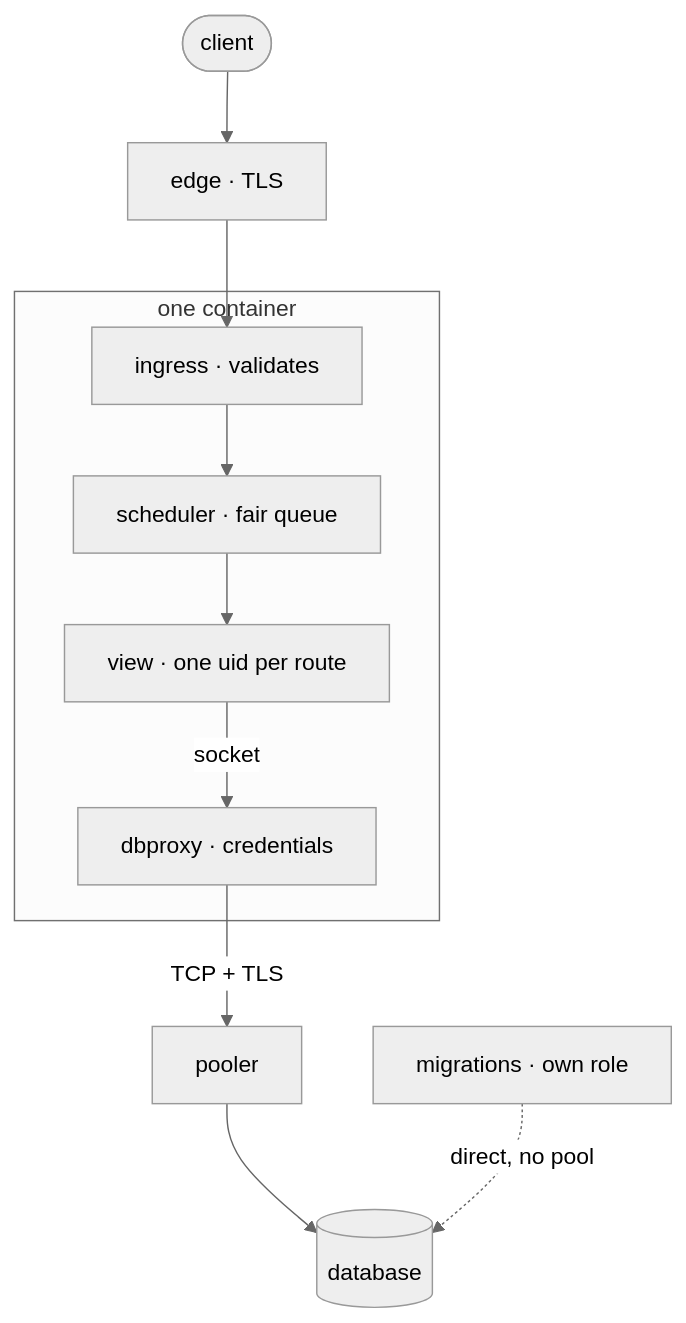
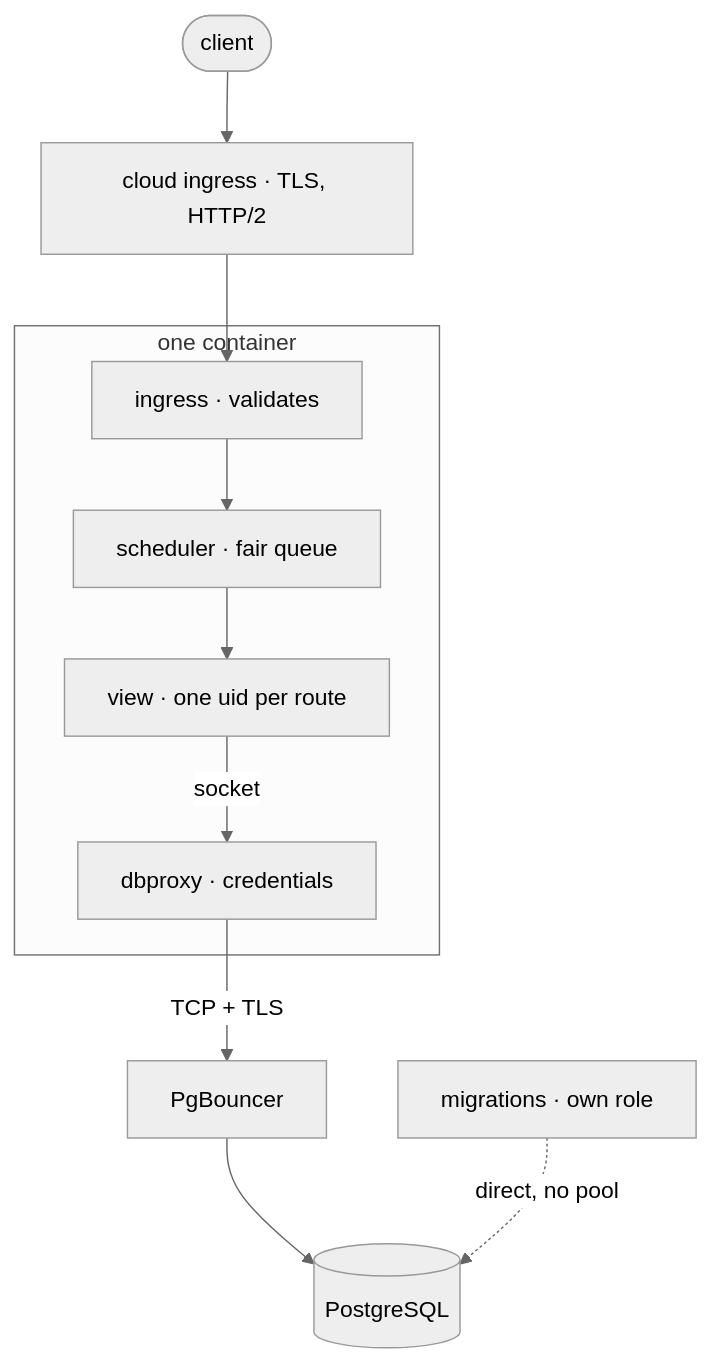
Before and after one commit to OffworldNexus/blastit: the diagram in docs/deploy/index.md, drawn with Mermaid (neutral theme). The commit also changed other lines of this file and 27 other files, not shown here.

````diff
--- a/docs/deploy/index.md
+++ b/docs/deploy/index.md
@@ -36,19 +37,19 @@
 ```mermaid
 flowchart TB
     client(["client"])
-    edge["edge · TLS"]
+    edge["cloud ingress · TLS, HTTP/2"]
     subgraph box["one container"]
         ingress["ingress · validates"]
         sched["scheduler · fair queue"]
         view["view · one uid per route"]
         dbproxy["dbproxy · credentials"]
     end
     migrate["migrations · own role"]
-    pooler["pooler"]
-    db[("database")]
+    pooler["PgBouncer"]
+    db[("PostgreSQL")]
 
     client --> edge --> ingress --> sched --> view
     view -- "socket" --> dbproxy
     dbproxy -- "TCP + TLS" --> pooler --> db
     migrate -. "direct, no pool" .-> db
 ```
````
